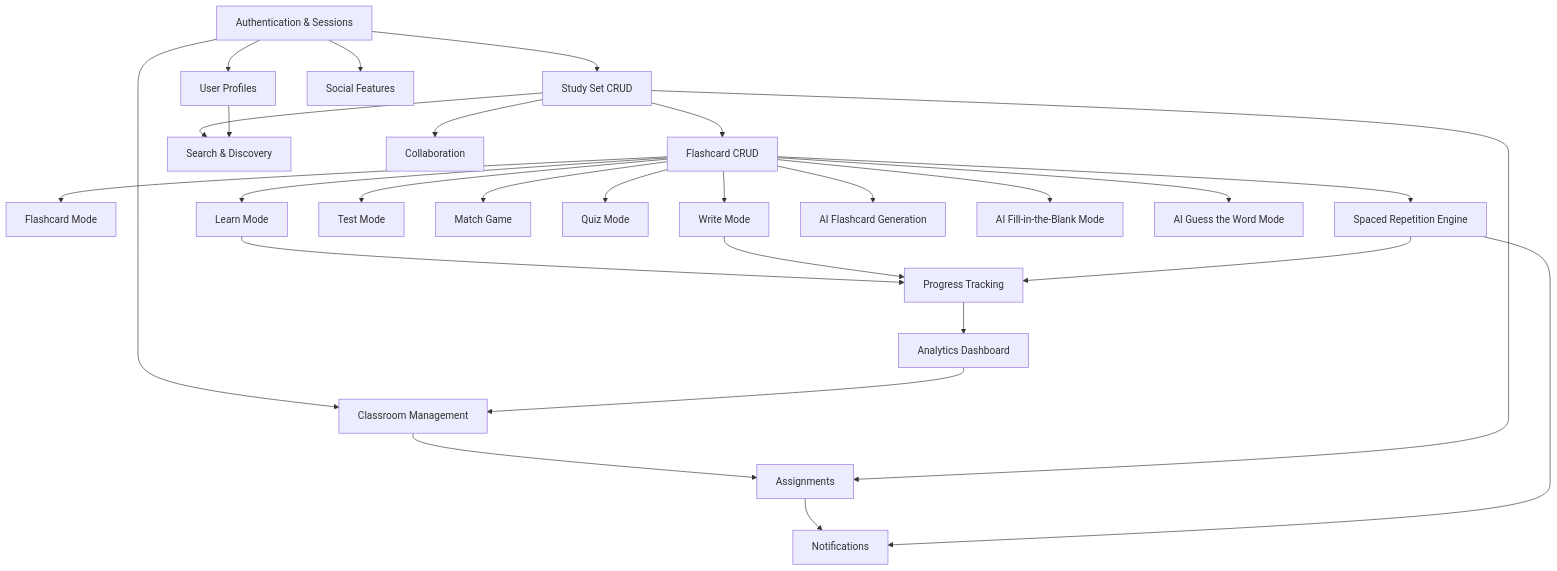
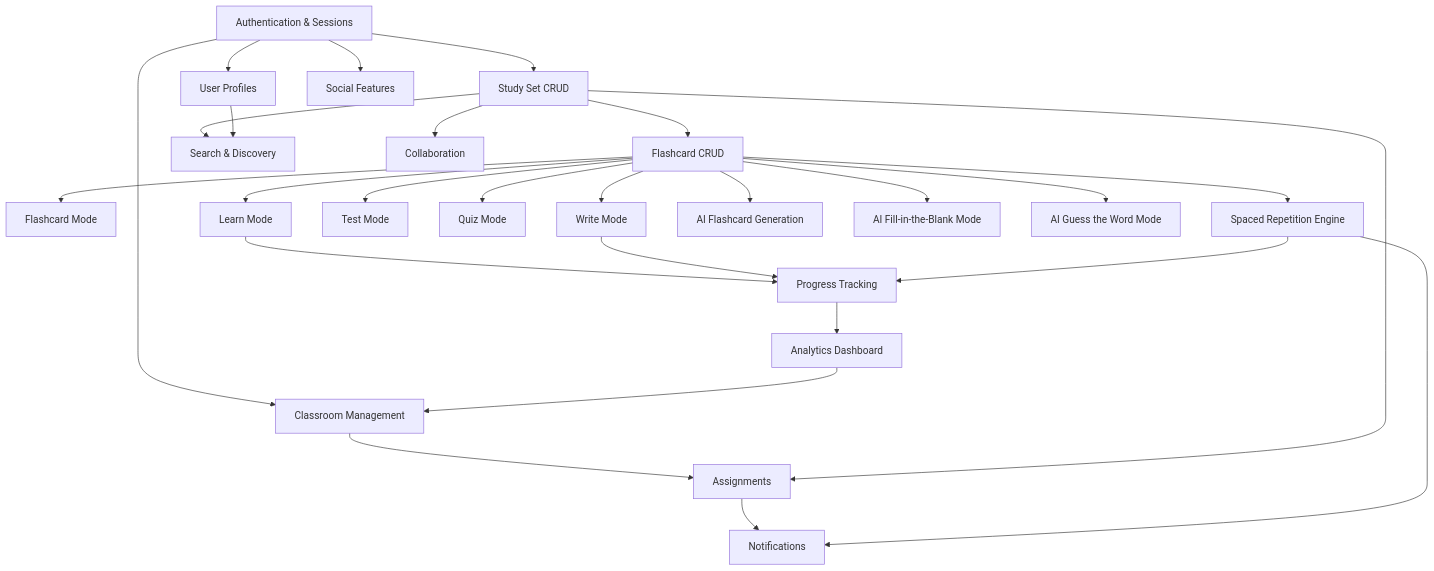
Before and after one commit to Imba-Team/app: the first of 4 diagrams in docs/Mimir_Roadmap_v1.md, drawn with Mermaid. The commit also changed other lines of this file and 36 other files, not shown here.

````diff
--- a/docs/Mimir_Roadmap_v1.md
+++ b/docs/Mimir_Roadmap_v1.md
@@ -81,53 +81,51 @@
 ```mermaid
 graph TD
   AUTH[Authentication & Sessions]
   PROF[User Profiles]
   SETS[Study Set CRUD]
   CARDS[Flashcard CRUD]
   FLASH[Flashcard Mode]
   LEARN[Learn Mode]
   WRITE[Write Mode]
   TEST[Test Mode]
-  MATCH[Match Game]
   QUIZ[Quiz Mode]
   SRS[Spaced Repetition Engine]
   PROG[Progress Tracking]
   AIGEN[AI Flashcard Generation]
   AIFIB[AI Fill-in-the-Blank Mode]
   AIGW[AI Guess the Word Mode]
   SEARCH[Search & Discovery]
   CLASS[Classroom Management]
   ASSIGN[Assignments]
   NOTIF[Notifications]
   ANAL[Analytics Dashboard]
   COLLAB[Collaboration]
   SOCIAL[Social Features]
 
   AUTH --> PROF
   AUTH --> SETS
   AUTH --> CLASS
   SETS --> CARDS
   CARDS --> FLASH
   CARDS --> LEARN
   CARDS --> WRITE
   CARDS --> TEST
-  CARDS --> MATCH
   CARDS --> QUIZ
   CARDS --> SRS
   CARDS --> AIGEN
   CARDS --> AIFIB
   CARDS --> AIGW
   LEARN --> PROG
   WRITE --> PROG
   SRS --> PROG
   PROG --> ANAL
   CLASS --> ASSIGN
   SETS --> ASSIGN
   ASSIGN --> NOTIF
   SRS --> NOTIF
   SETS --> SEARCH
   PROF --> SEARCH
   SETS --> COLLAB
   AUTH --> SOCIAL
   ANAL --> CLASS
 ```
````
